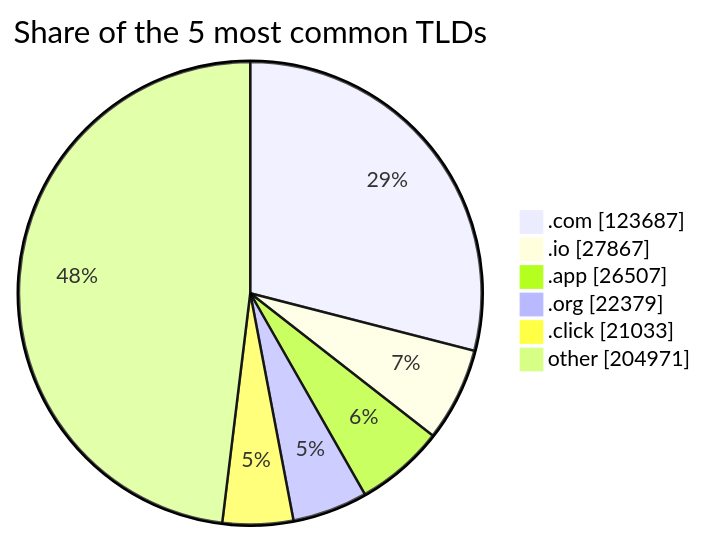
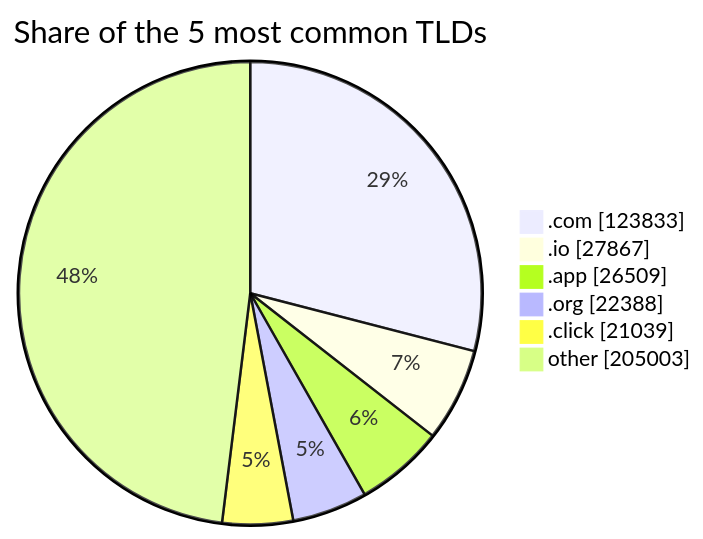
Before and after one commit to DNSBunker/CTI: the third of 3 diagrams in README.md, drawn with Mermaid. The commit also changed other lines of this file and 3 other files, not shown here.

````diff
--- a/README.md
+++ b/README.md
@@ -81,9 +81,9 @@
 ```mermaid
 pie showData title Share of the 5 most common TLDs
-    ".com" : 123687
+    ".com" : 123833
     ".io" : 27867
-    ".app" : 26507
-    ".org" : 22379
-    ".click" : 21033
-    "other" : 204971
+    ".app" : 26509
+    ".org" : 22388
+    ".click" : 21039
+    "other" : 205003
 ```
````
